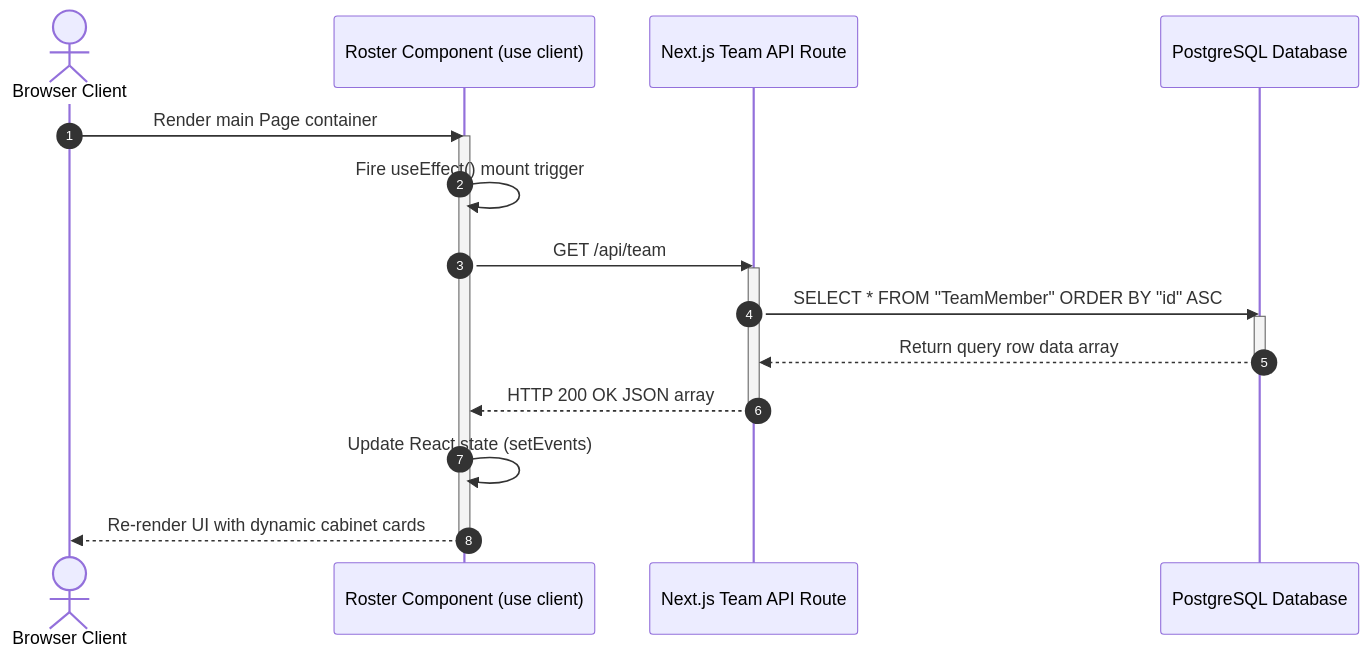
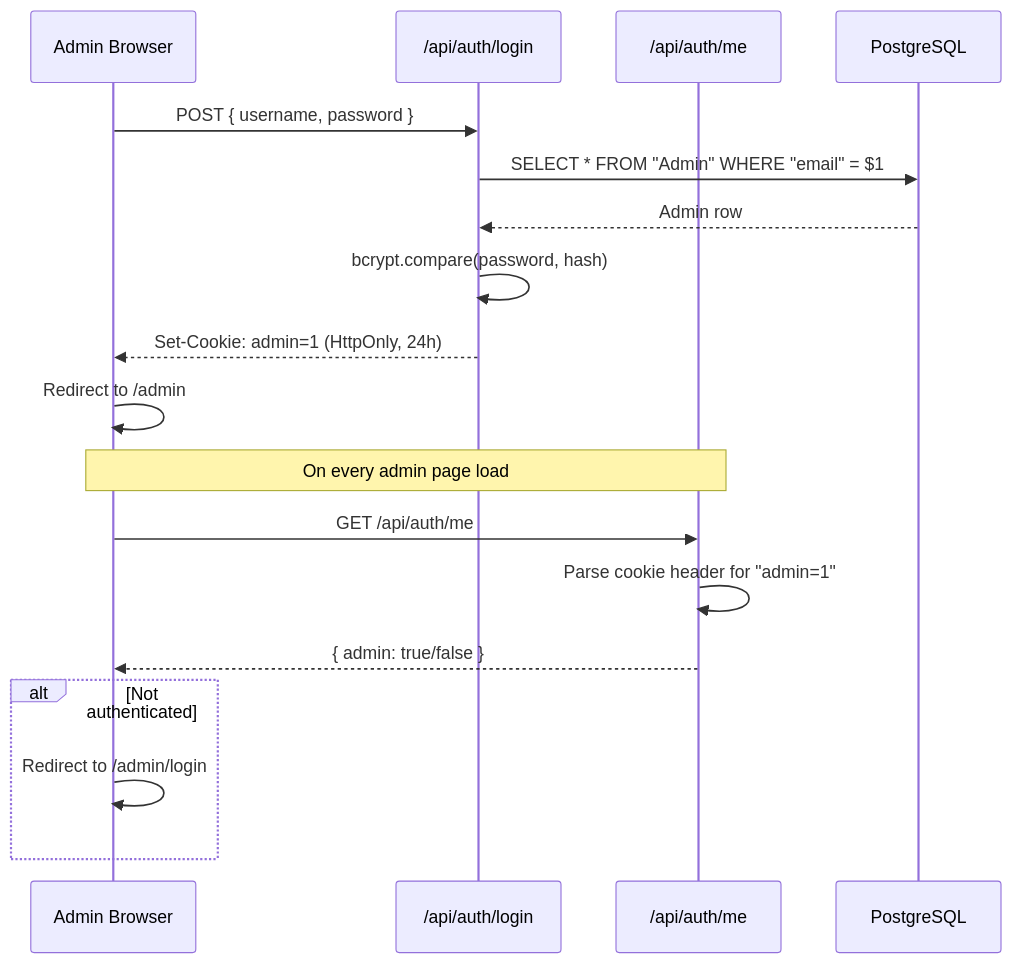
The eighth of 8 diagrams in README.md (Abubakkar-Khan/css_iiui), drawn with Mermaid before and after one commit. The commit also changed other lines of this file and 7 other files, not shown here.

````diff
--- a/README.md
+++ b/README.md
@@ -190,23 +315,22 @@
 ```mermaid
 sequenceDiagram
-    autonumber
-    actor Browser as Browser Client
-    participant Component as Roster Component (use client)
-    participant API as Next.js Team API Route
-    participant DB as PostgreSQL Database
+    participant A as Admin Browser
+    participant Login as /api/auth/login
+    participant Me as /api/auth/me
+    participant DB as PostgreSQL
 
-    Browser->>Component: Render main Page container
-    activate Component
-    Component->>Component: Fire useEffect() mount trigger
-    Component->>API: GET /api/team
-    activate API
-    API->>DB: SELECT * FROM "TeamMember" ORDER BY "id" ASC
-    activate DB
-    DB-->>API: Return query row data array
-    deactivate DB
-    API-->>Component: HTTP 200 OK JSON array
-    deactivate API
-    Component->>Component: Update React state (setEvents)
-    Component-->>Browser: Re-render UI with dynamic cabinet cards
-    deactivate Component
+    A->>Login: POST { username, password }
+    Login->>DB: SELECT * FROM "Admin" WHERE "email" = $1
+    DB-->>Login: Admin row
+    Login->>Login: bcrypt.compare(password, hash)
+    Login-->>A: Set-Cookie: admin=1 (HttpOnly, 24h)
+    A->>A: Redirect to /admin
+
+    Note over A,Me: On every admin page load
+    A->>Me: GET /api/auth/me
+    Me->>Me: Parse cookie header for "admin=1"
+    Me-->>A: { admin: true/false }
+    alt Not authenticated
+        A->>A: Redirect to /admin/login
+    end
 ```
````
